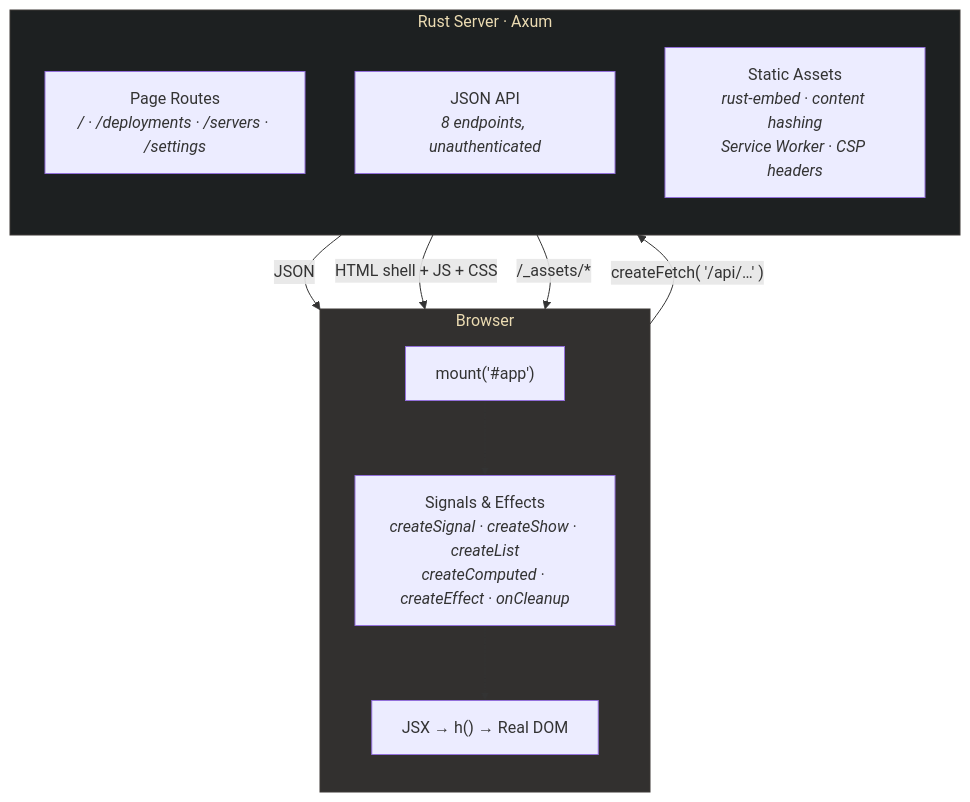
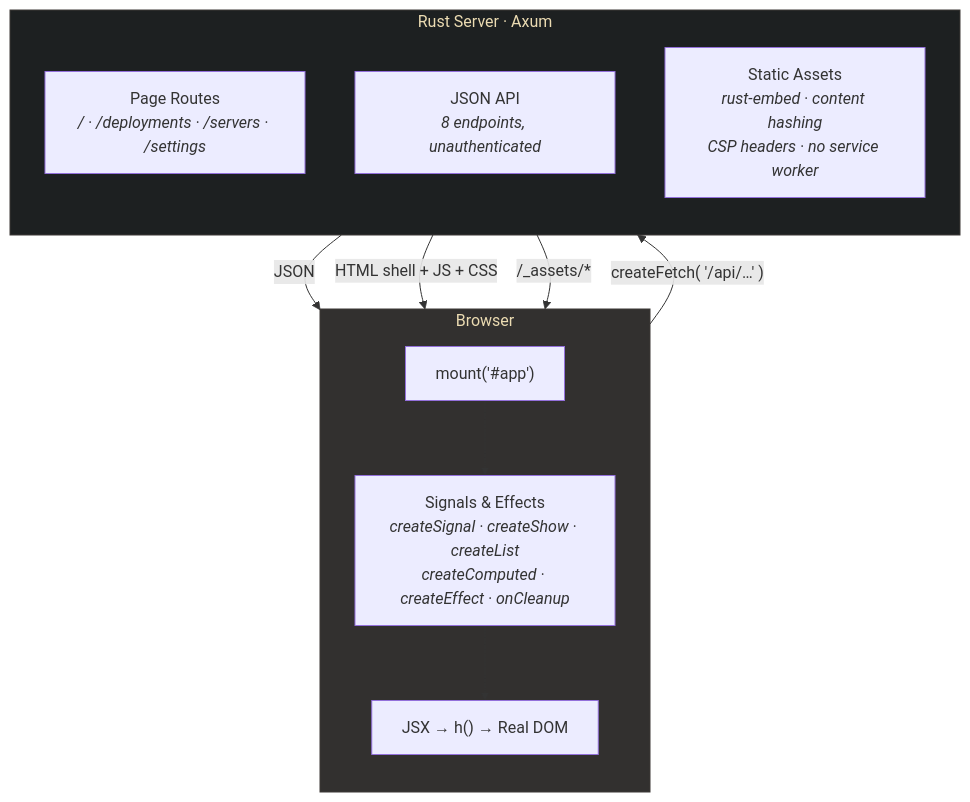
One commit to getforma-dev/create-forma-app changed the diagram in templates/dashboard/README.md. Above: the diagram before and after it, drawn with Mermaid. The commit also changed other lines of this file and 16 other files, not shown here.

````diff
--- a/templates/dashboard/README.md
+++ b/templates/dashboard/README.md
@@ -95,25 +101,25 @@
 ```mermaid
 flowchart TB
   subgraph client["Browser"]
     direction TB
     mount["mount('#app')"]
     signals["Signals & Effects<br/><i>createSignal · createShow · createList<br/>createComputed · createEffect · onCleanup</i>"]
     jsx["JSX → h() → Real DOM"]
     mount --> signals --> jsx
   end
 
   subgraph server["Rust Server · Axum"]
     direction TB
     pages["Page Routes<br/><i>/ · /deployments · /servers · /settings</i>"]
     api["JSON API<br/><i>8 endpoints, unauthenticated</i>"]
-    assets["Static Assets<br/><i>rust-embed · content hashing<br/>Service Worker · CSP headers</i>"]
+    assets["Static Assets<br/><i>rust-embed · content hashing<br/>CSP headers · no service worker</i>"]
   end
 
   client -- "createFetch( '/api/…' )" --> api
   api -- "JSON" --> client
   pages -- "HTML shell + JS + CSS" --> client
   assets -- "/_assets/*" --> client
 
   style client fill:#32302f,stroke:#3c3836,color:#ebdbb2
   style server fill:#1d2021,stroke:#3c3836,color:#ebdbb2
 ```
````
